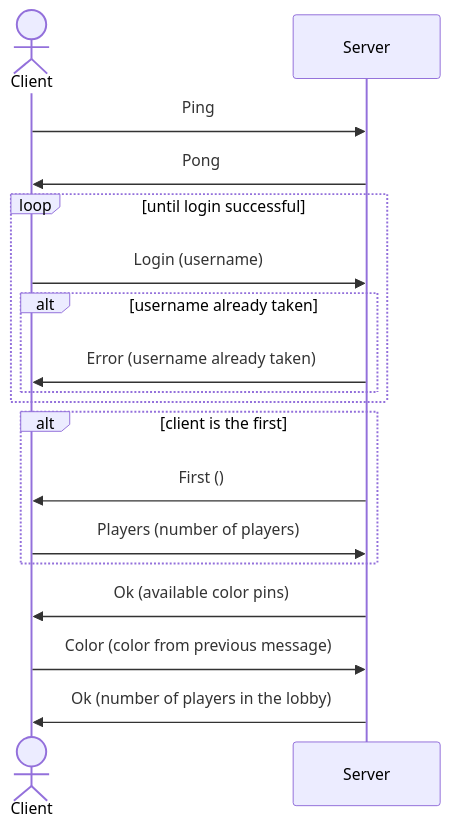
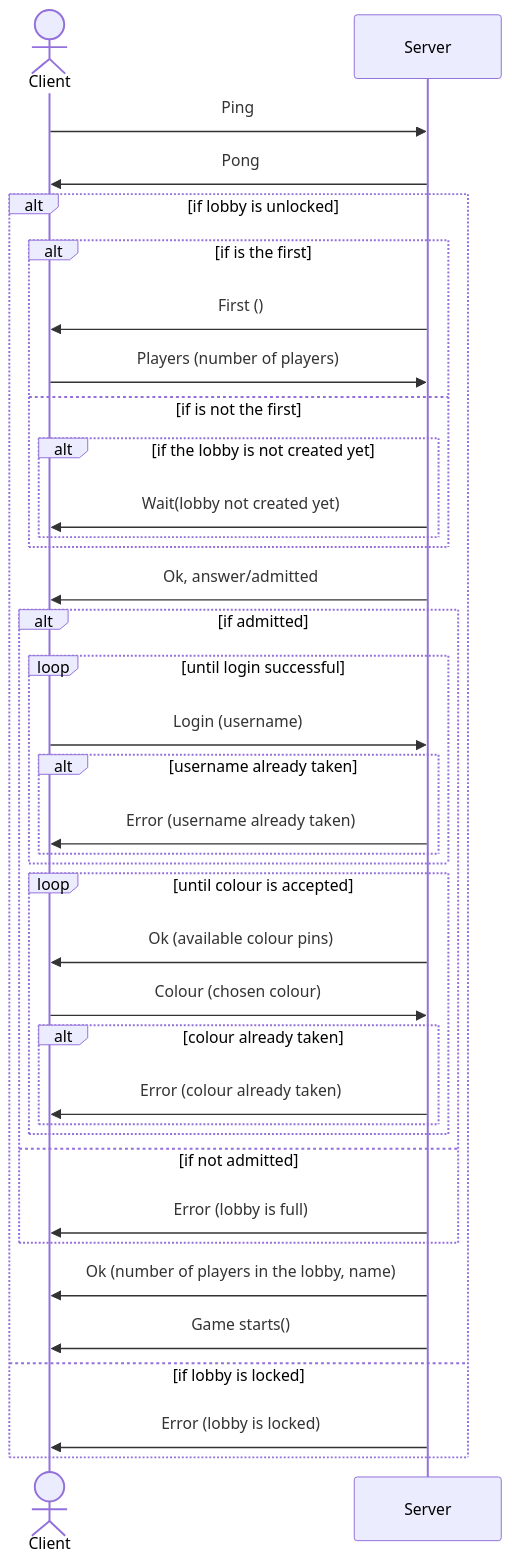
Before and after one commit to TheCaptainCraken/IS24-AM26: the first of 4 diagrams in deliverables/connection-serius.md, drawn with Mermaid. The commit also changed other lines of this file and 1 other file, not shown here.

Commit message:
update of uml

````diff
--- a/deliverables/connection-serius.md
+++ b/deliverables/connection-serius.md
@@ -5,20 +5,39 @@
 ```mermaid
 sequenceDiagram
     actor Client
     Client ->> Server: Ping
     Server ->> Client: Pong
-    loop until login successful
-        Client ->> Server: Login (username)
-        alt username already taken
-            Server ->> Client: Error (username already taken)
+    alt if lobby is unlocked
+        alt if is the first
+            Server ->> Client: First ()
+            Client ->> Server: Players (number of players)
+        else if is not the first
+            alt if the lobby is not created yet
+                Server ->> Client:  Wait(lobby not created yet) 
+            end   
         end
+        Server ->> Client: Ok, answer/admitted
+        alt if admitted
+            loop until login successful
+                Client ->> Server: Login (username)
+                    alt username already taken
+                        Server ->> Client: Error (username already taken)
+                    end
+            end
+              loop until colour is accepted
+                  Server ->> Client: Ok (available colour pins)
+                  Client ->> Server: Colour (chosen colour)
+                  alt colour already taken
+                    Server ->> Client: Error (colour already taken) 
+                  end
+            end
+        else if not admitted
+            Server ->> Client: Error (lobby is full)
+        end
+        Server ->> Client: Ok (number of players in the lobby, name)
+        Server ->> Client: Game starts()
+    else if lobby is locked
+        Server ->> Client: Error (lobby is locked)
     end
-    alt client is the first
-        Server ->> Client: First ()
-        Client ->> Server: Players (number of players)
-    end
-    Server ->> Client: Ok (available color pins)
-    Client ->> Server: Color (color from previous message)
-    Server ->> Client: Ok (number of players in the lobby)
 
 ```
````
